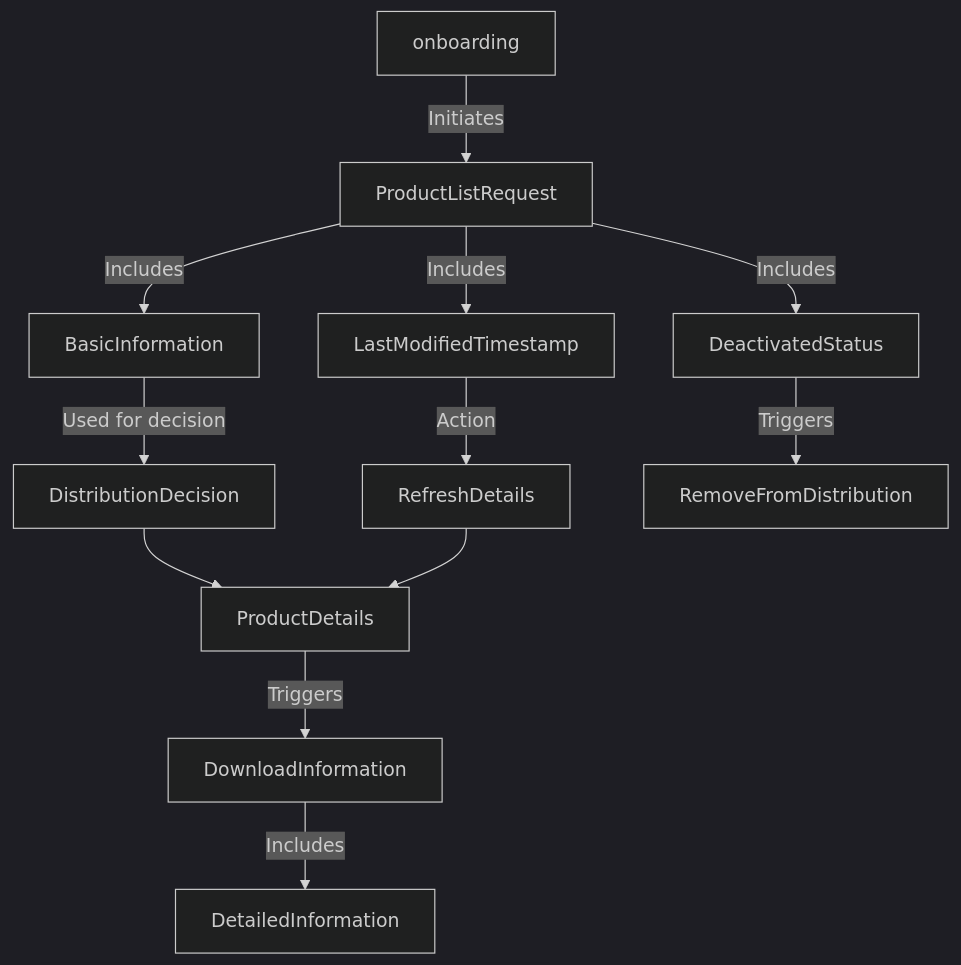
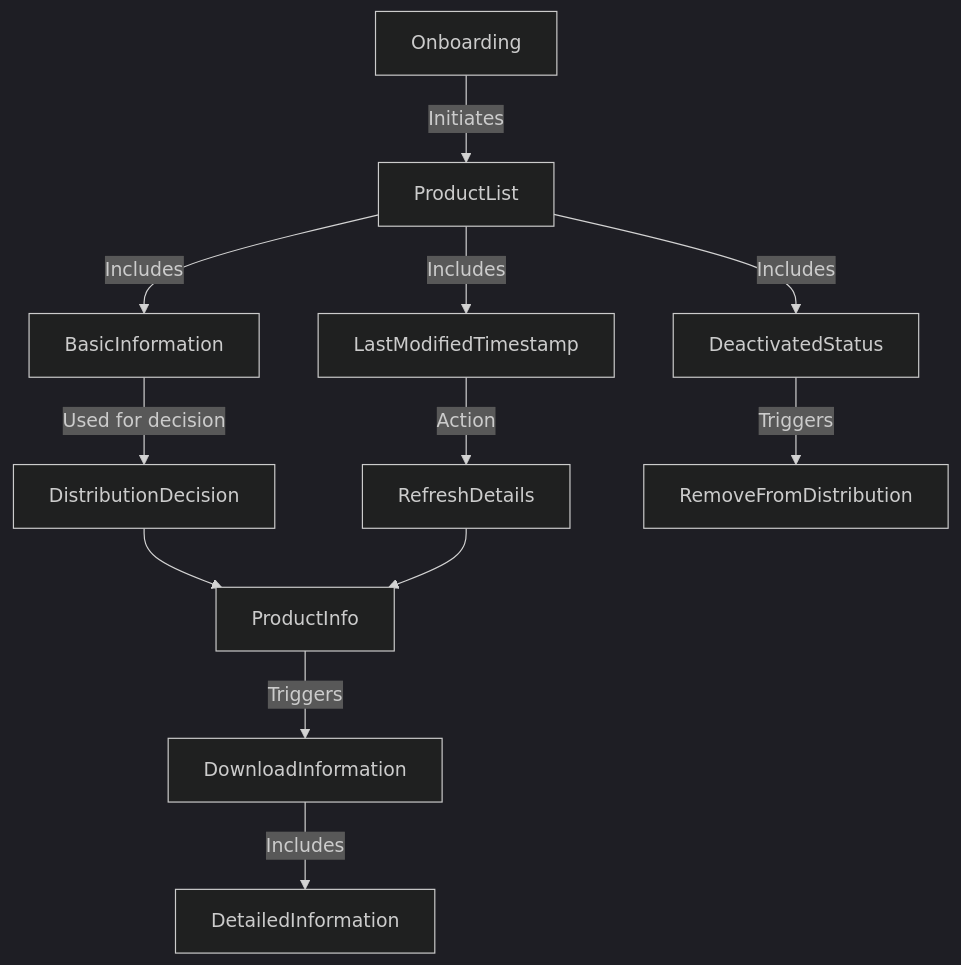
The second of 4 diagrams in docs/camino-messenger/introduction.md (chain4travel/camino-docs), drawn with Mermaid (dark theme) before and after one commit. The commit also changed other lines of this file and 1 other file, not shown here.

````diff
--- a/docs/camino-messenger/introduction.md
+++ b/docs/camino-messenger/introduction.md
@@ -111,17 +111,17 @@
 ```mermaid
 graph TD
-    ProductListRequest -->|Includes| BasicInformation
-    ProductListRequest -->|Includes| LastModifiedTimestamp
-    ProductListRequest -->|Includes| DeactivatedStatus
-    onboarding -->|Initiates| ProductListRequest
+    ProductList -->|Includes| BasicInformation
+    ProductList -->|Includes| LastModifiedTimestamp
+    ProductList -->|Includes| DeactivatedStatus
+    Onboarding -->|Initiates| ProductList
 
 
     BasicInformation -->|Used for decision| DistributionDecision
     LastModifiedTimestamp -->|Action| RefreshDetails
     DeactivatedStatus -->|Triggers| RemoveFromDistribution
 
-    DistributionDecision --> ProductDetails
-    RefreshDetails --> ProductDetails
-    ProductDetails -->|Triggers| DownloadInformation
+    DistributionDecision --> ProductInfo
+    RefreshDetails --> ProductInfo
+    ProductInfo -->|Triggers| DownloadInformation
     DownloadInformation -->|Includes| DetailedInformation
 ```
````
